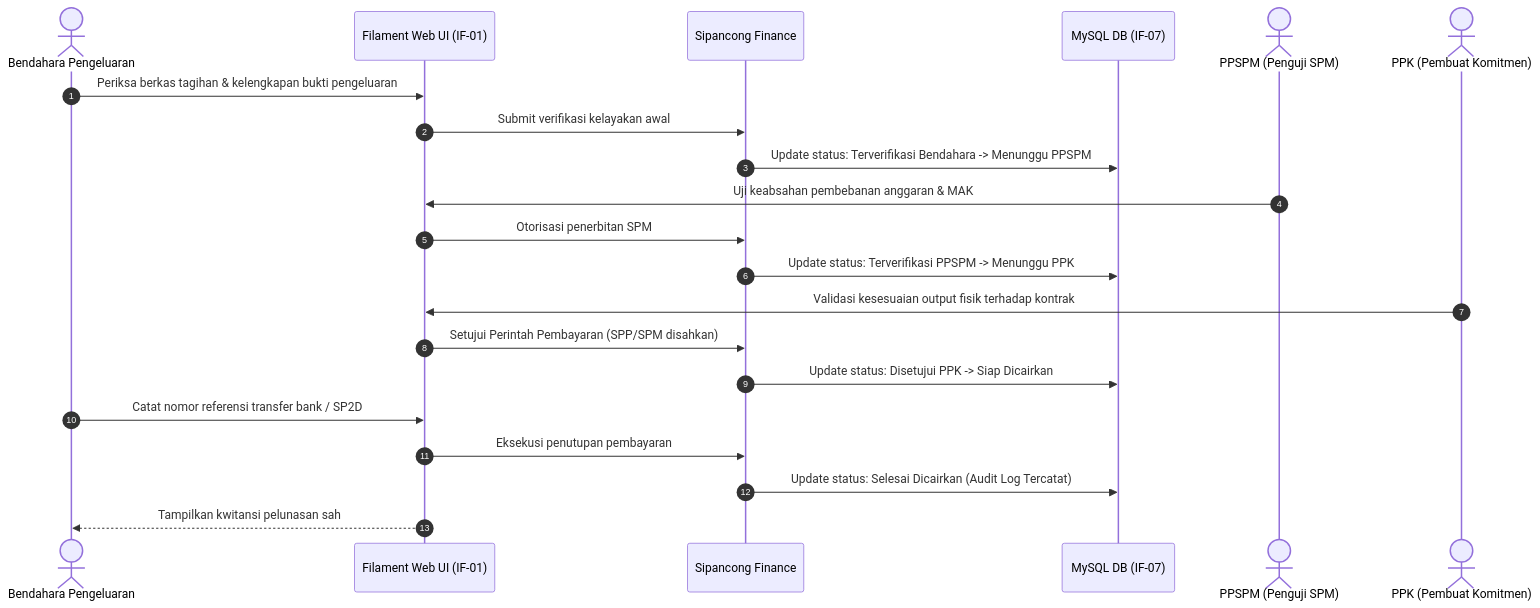
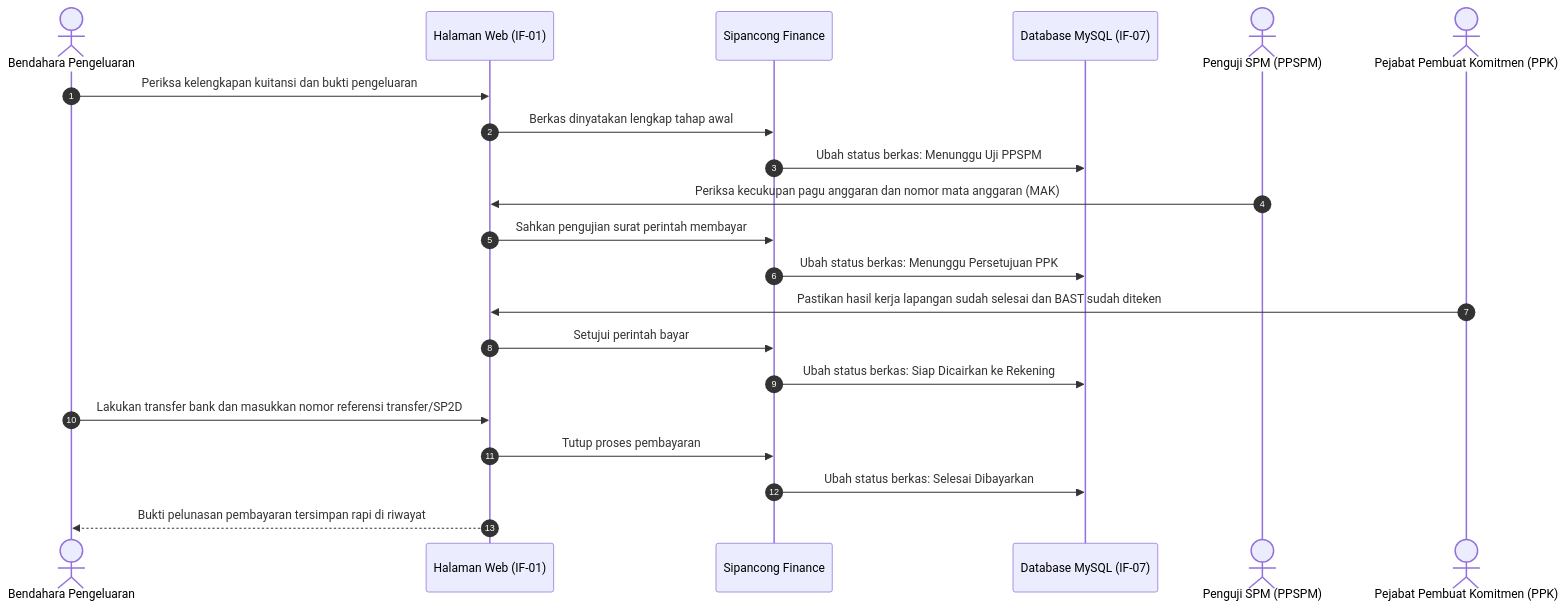
Before and after one commit to ihkaru/sipedas: the fourth of 4 diagrams in docs/architecture/06_runtime_view.md, drawn with Mermaid. The commit also changed other lines of this file and 11 other files, not shown here.

Commit message:
docs(arc42): rewrite enterprise architecture documentation into crystal-clear plain Indonesian without jargon

````diff
--- a/docs/architecture/06_runtime_view.md
+++ b/docs/architecture/06_runtime_view.md
@@ -119,27 +119,27 @@
 ```mermaid
 sequenceDiagram
     autonumber
     actor Bendahara as Bendahara Pengeluaran
-    participant UI as Filament Web UI (IF-01)
+    participant UI as Halaman Web (IF-01)
     participant Sipancong as Sipancong Finance
-    participant DB as MySQL DB (IF-07)
-    actor PPSPM as PPSPM (Penguji SPM)
-    actor PPK as PPK (Pembuat Komitmen)
+    participant DB as Database MySQL (IF-07)
+    actor PPSPM as Penguji SPM (PPSPM)
+    actor PPK as Pejabat Pembuat Komitmen (PPK)
 
-    Bendahara->>UI: Periksa berkas tagihan & kelengkapan bukti pengeluaran
-    UI->>Sipancong: Submit verifikasi kelayakan awal
-    Sipancong->>DB: Update status: Terverifikasi Bendahara -> Menunggu PPSPM
+    Bendahara->>UI: Periksa kelengkapan kuitansi dan bukti pengeluaran
+    UI->>Sipancong: Berkas dinyatakan lengkap tahap awal
+    Sipancong->>DB: Ubah status berkas: Menunggu Uji PPSPM
     
-    PPSPM->>UI: Uji keabsahan pembebanan anggaran & MAK
-    UI->>Sipancong: Otorisasi penerbitan SPM
-    Sipancong->>DB: Update status: Terverifikasi PPSPM -> Menunggu PPK
+    PPSPM->>UI: Periksa kecukupan pagu anggaran dan nomor mata anggaran (MAK)
+    UI->>Sipancong: Sahkan pengujian surat perintah membayar
+    Sipancong->>DB: Ubah status berkas: Menunggu Persetujuan PPK
     
-    PPK->>UI: Validasi kesesuaian output fisik terhadap kontrak
-    UI->>Sipancong: Setujui Perintah Pembayaran (SPP/SPM disahkan)
-    Sipancong->>DB: Update status: Disetujui PPK -> Siap Dicairkan
+    PPK->>UI: Pastikan hasil kerja lapangan sudah selesai dan BAST sudah diteken
+    UI->>Sipancong: Setujui perintah bayar
+    Sipancong->>DB: Ubah status berkas: Siap Dicairkan ke Rekening
     
-    Bendahara->>UI: Catat nomor referensi transfer bank / SP2D
-    UI->>Sipancong: Eksekusi penutupan pembayaran
-    Sipancong->>DB: Update status: Selesai Dicairkan (Audit Log Tercatat)
-    UI-->>Bendahara: Tampilkan kwitansi pelunasan sah
+    Bendahara->>UI: Lakukan transfer bank dan masukkan nomor referensi transfer/SP2D
+    UI->>Sipancong: Tutup proses pembayaran
+    Sipancong->>DB: Ubah status berkas: Selesai Dibayarkan
+    UI-->>Bendahara: Bukti pelunasan pembayaran tersimpan rapi di riwayat
 ```
````
